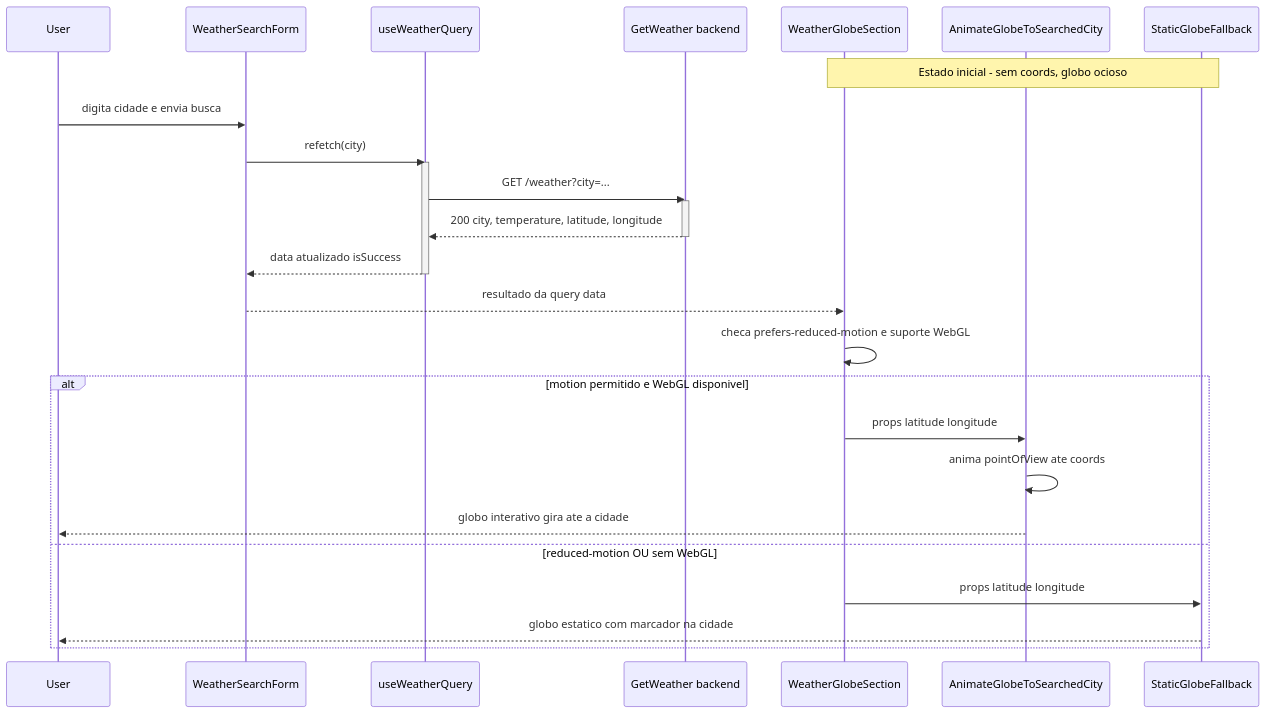
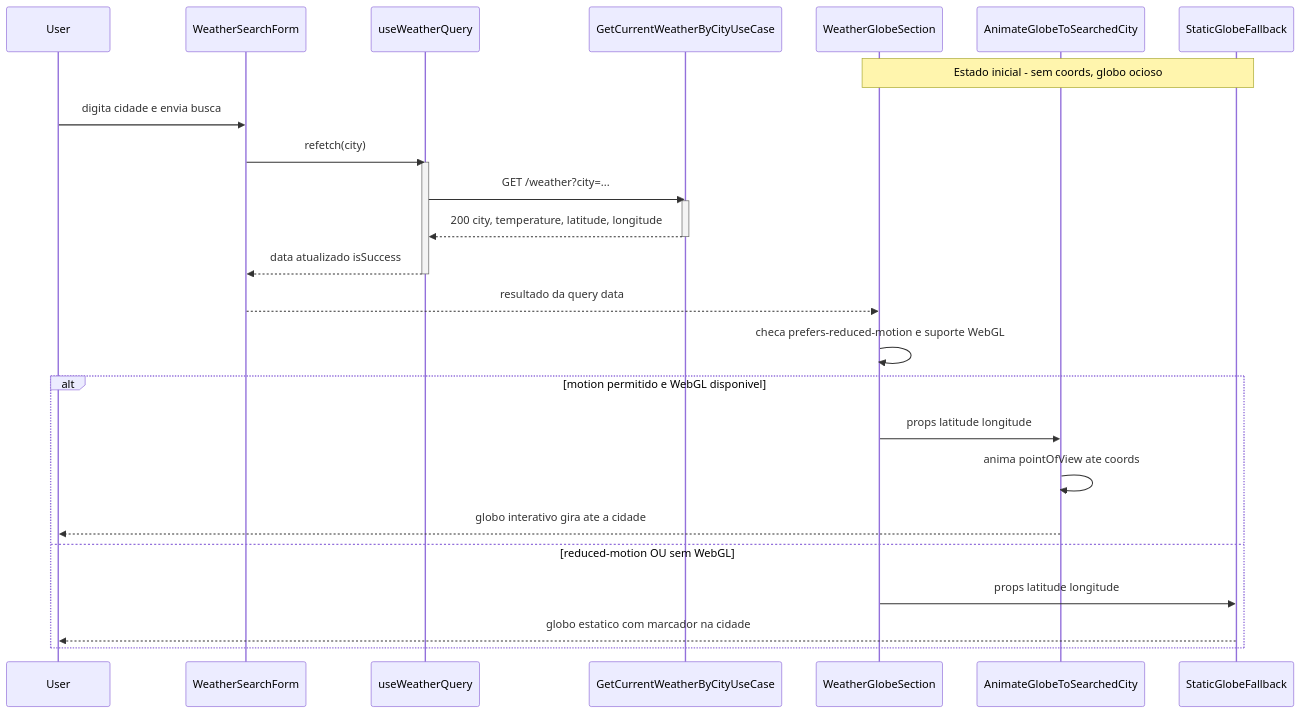
The diagram in docs/superpowers/weather-globe-clima/specs/diagrams/weather-globe-clima-design_01_sequence_weather_globe_flow.mmd (Cahmoraes/clean-arch-solid-ddd), drawn with Mermaid before and after one commit. The commit also changed 1 other file, not shown here.

Commit message:
docs(weather-globe-clima): corrige nomes reais do backend no spec
Self-review revelou o use case real (GetCurrentWeatherByCityUseCase,
não "GetWeather") e que a Coordinate já é resolvida internamente mas
descartada pelo use case — o spec agora nomeia os artefatos de código
verificados em vez de nomes genéricos assumidos.

Claude-Session: https://claude.ai/code/session_01L3USKuXroerhN8tCHNQA2e

```diff
--- a/docs/superpowers/weather-globe-clima/specs/diagrams/weather-globe-clima-design_01_sequence_weather_globe_flow.mmd
+++ b/docs/superpowers/weather-globe-clima/specs/diagrams/weather-globe-clima-design_01_sequence_weather_globe_flow.mmd
@@ -1,32 +1,32 @@
 sequenceDiagram
     participant U as User
     participant F as WeatherSearchForm
     participant Q as useWeatherQuery
-    participant B as GetWeather backend
+    participant B as GetCurrentWeatherByCityUseCase
     participant S as WeatherGlobeSection
     participant A as AnimateGlobeToSearchedCity
     participant G as StaticGlobeFallback
 
     Note over S,G: Estado inicial - sem coords, globo ocioso
 
     U->>F: digita cidade e envia busca
     F->>Q: refetch(city)
     activate Q
     Q->>B: GET /weather?city=...
     activate B
     B-->>Q: 200 city, temperature, latitude, longitude
     deactivate B
     Q-->>F: data atualizado isSuccess
     deactivate Q
     F-->>S: resultado da query data
 
     S->>S: checa prefers-reduced-motion e suporte WebGL
 
     alt motion permitido e WebGL disponivel
         S->>A: props latitude longitude
         A->>A: anima pointOfView ate coords
         A-->>U: globo interativo gira ate a cidade
     else reduced-motion OU sem WebGL
         S->>G: props latitude longitude
         G-->>U: globo estatico com marcador na cidade
     end
```
